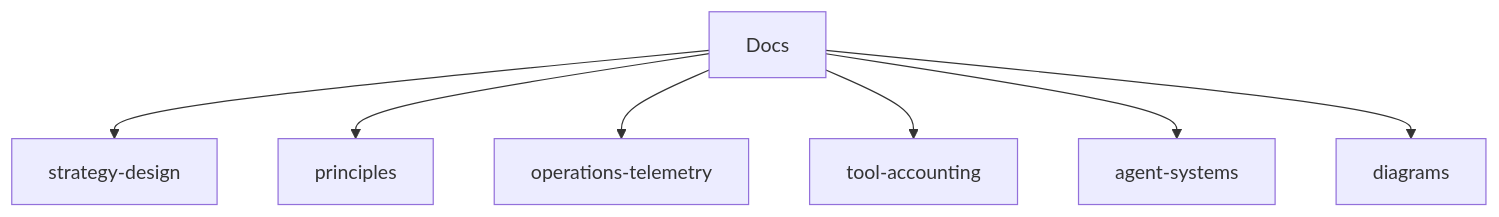
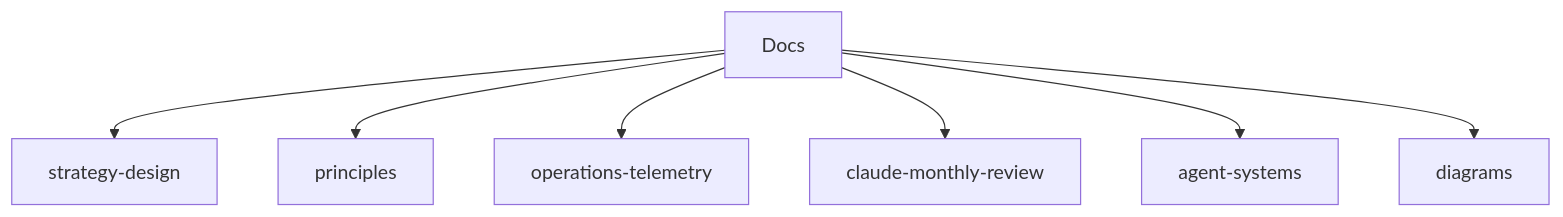
The diagram in docs/README.md (ggplab/solo-biz-playbook), drawn with Mermaid before and after one commit. The commit also changed other lines of this file and 8 other files, not shown here.

Commit message:
Rename tool accounting to Claude monthly review

````diff
--- a/docs/README.md
+++ b/docs/README.md
@@ -7,9 +7,9 @@
 ```mermaid
 flowchart TD
   A[Docs] --> B[strategy-design]
   A --> C[principles]
   A --> D[operations-telemetry]
-  A --> E[tool-accounting]
+  A --> E[claude-monthly-review]
   A --> F[agent-systems]
   A --> G[diagrams]
 ```
````
